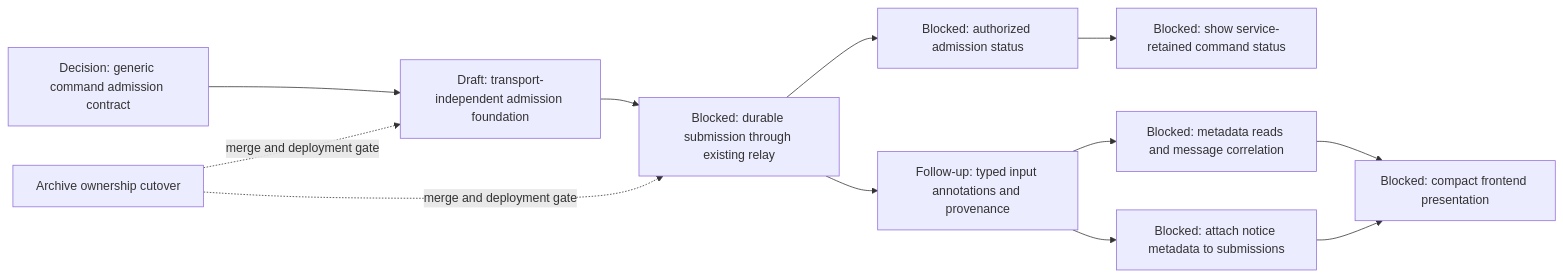
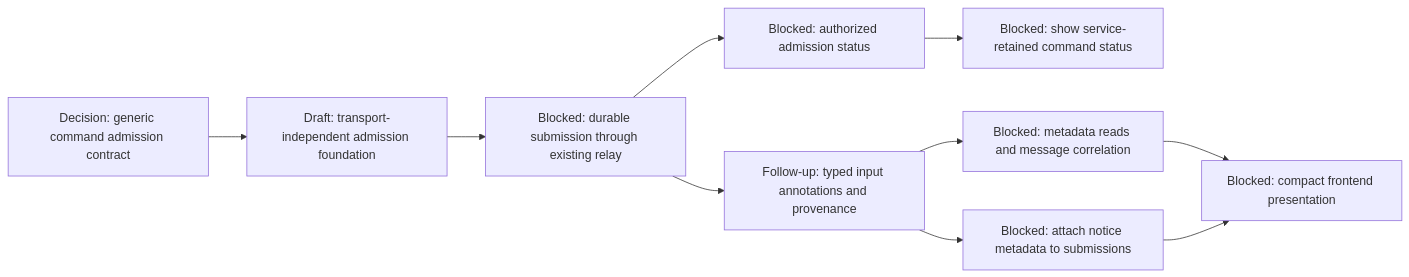
The second of 7 diagrams in agentplane/plans/task_dag.md (agentydragon-agent/ducktape), drawn with Mermaid before and after one commit. The commit also changed other lines of this file and 11 other files, not shown here.

````diff
--- a/agentplane/plans/task_dag.md
+++ b/agentplane/plans/task_dag.md
@@ -183,24 +93,21 @@
 ```mermaid
 flowchart LR
     SESSION_COMMAND_CONTRACT[Decision: generic command admission contract]
     SESSION_COMMAND_CORE[Draft: transport-independent admission foundation]
-    THREAD_ARCHIVE_OWNERSHIP[Archive ownership cutover]
     SESSION_COMMAND_SUBMISSION[Blocked: durable submission through existing relay]
     SESSION_COMMAND_STATUS_READ[Blocked: authorized admission status]
     SESSION_COMMAND_STATUS_UI[Blocked: show service-retained command status]
     SESSION_INPUT_METADATA[Follow-up: typed input annotations and provenance]
     SESSION_INPUT_METADATA_READ[Blocked: metadata reads and message correlation]
     NOTIFICATION_NOTICE_METADATA[Blocked: attach notice metadata to submissions]
     NOTIFICATION_PRESENTATION[Blocked: compact frontend presentation]
     SESSION_COMMAND_CONTRACT --> SESSION_COMMAND_CORE
     SESSION_COMMAND_CORE --> SESSION_COMMAND_SUBMISSION
-    THREAD_ARCHIVE_OWNERSHIP -. merge and deployment gate .-> SESSION_COMMAND_CORE
-    THREAD_ARCHIVE_OWNERSHIP -. merge and deployment gate .-> SESSION_COMMAND_SUBMISSION
     SESSION_COMMAND_SUBMISSION --> SESSION_COMMAND_STATUS_READ
     SESSION_COMMAND_STATUS_READ --> SESSION_COMMAND_STATUS_UI
     SESSION_COMMAND_SUBMISSION --> SESSION_INPUT_METADATA
     SESSION_INPUT_METADATA --> SESSION_INPUT_METADATA_READ
     SESSION_INPUT_METADATA --> NOTIFICATION_NOTICE_METADATA
     SESSION_INPUT_METADATA_READ --> NOTIFICATION_PRESENTATION
     NOTIFICATION_NOTICE_METADATA --> NOTIFICATION_PRESENTATION
 ```
````
